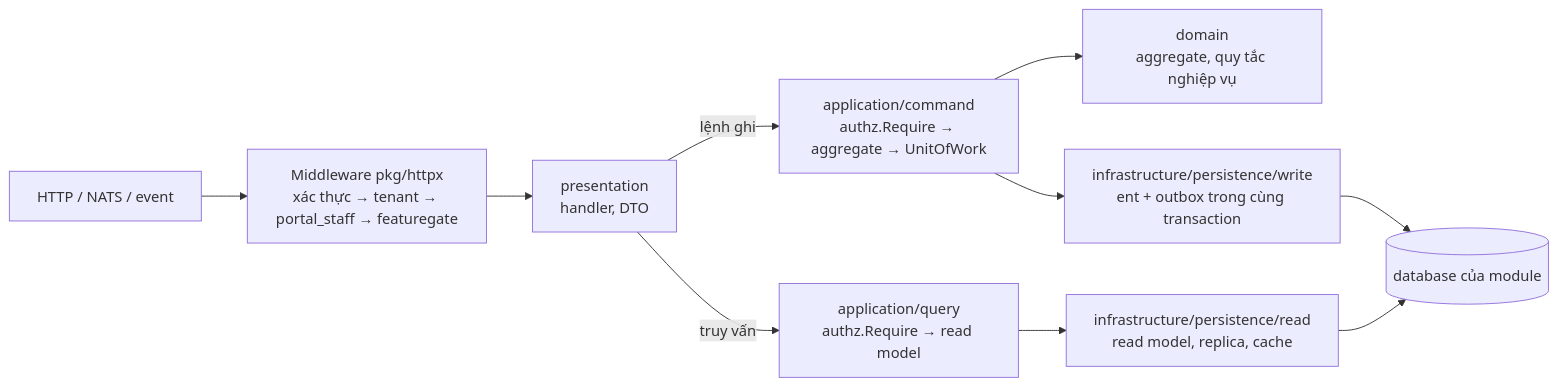
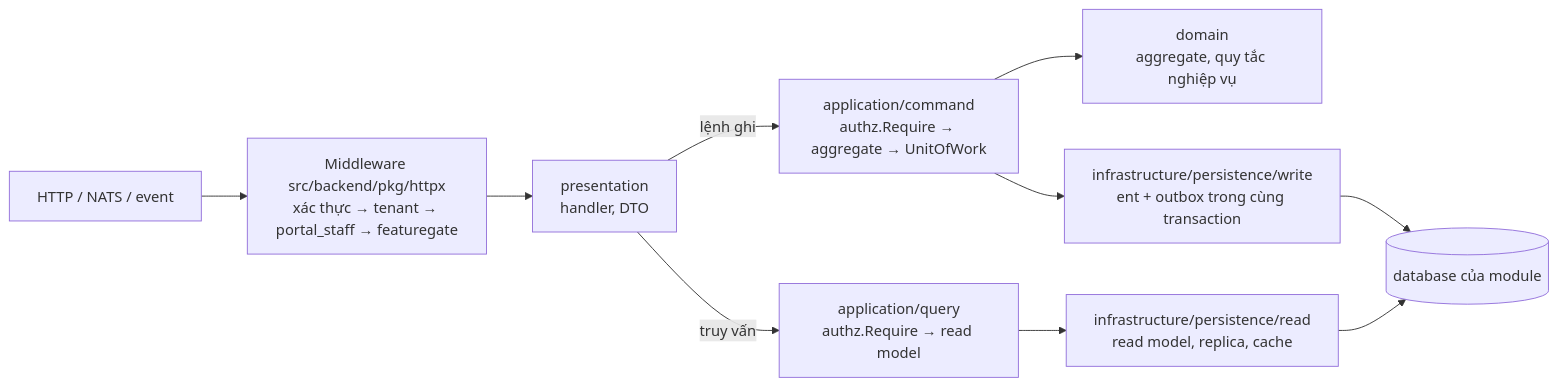
The third of 11 diagrams in README.md (tanguyen2020/eduworld-platform), drawn with Mermaid before and after one commit. The commit also changed other lines of this file and 570 other files, not shown here.

````diff
--- a/README.md
+++ b/README.md
@@ -183,12 +183,12 @@
 ```mermaid
 flowchart LR
-  REQ["HTTP / NATS / event"] --> MW["Middleware pkg/httpx<br/>xác thực → tenant → portal_staff → featuregate"]
+  REQ["HTTP / NATS / event"] --> MW["Middleware src/backend/pkg/httpx<br/>xác thực → tenant → portal_staff → featuregate"]
   MW --> P["presentation<br/>handler, DTO"]
   P -->|"lệnh ghi"| CMD["application/command<br/>authz.Require → aggregate → UnitOfWork"]
   P -->|"truy vấn"| QRY["application/query<br/>authz.Require → read model"]
   CMD --> DOM["domain<br/>aggregate, quy tắc nghiệp vụ"]
   CMD --> WR["infrastructure/persistence/write<br/>ent + outbox trong cùng transaction"]
   QRY --> RD["infrastructure/persistence/read<br/>read model, replica, cache"]
   WR --> DB[("database của module")]
   RD --> DB
 ```
````
